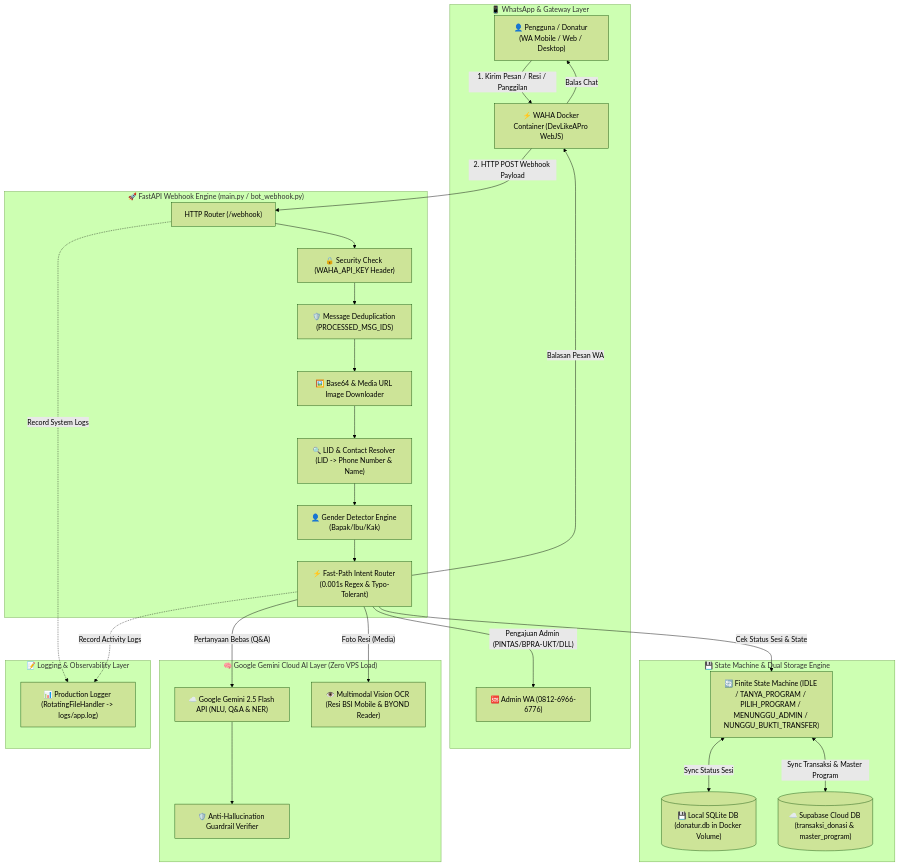
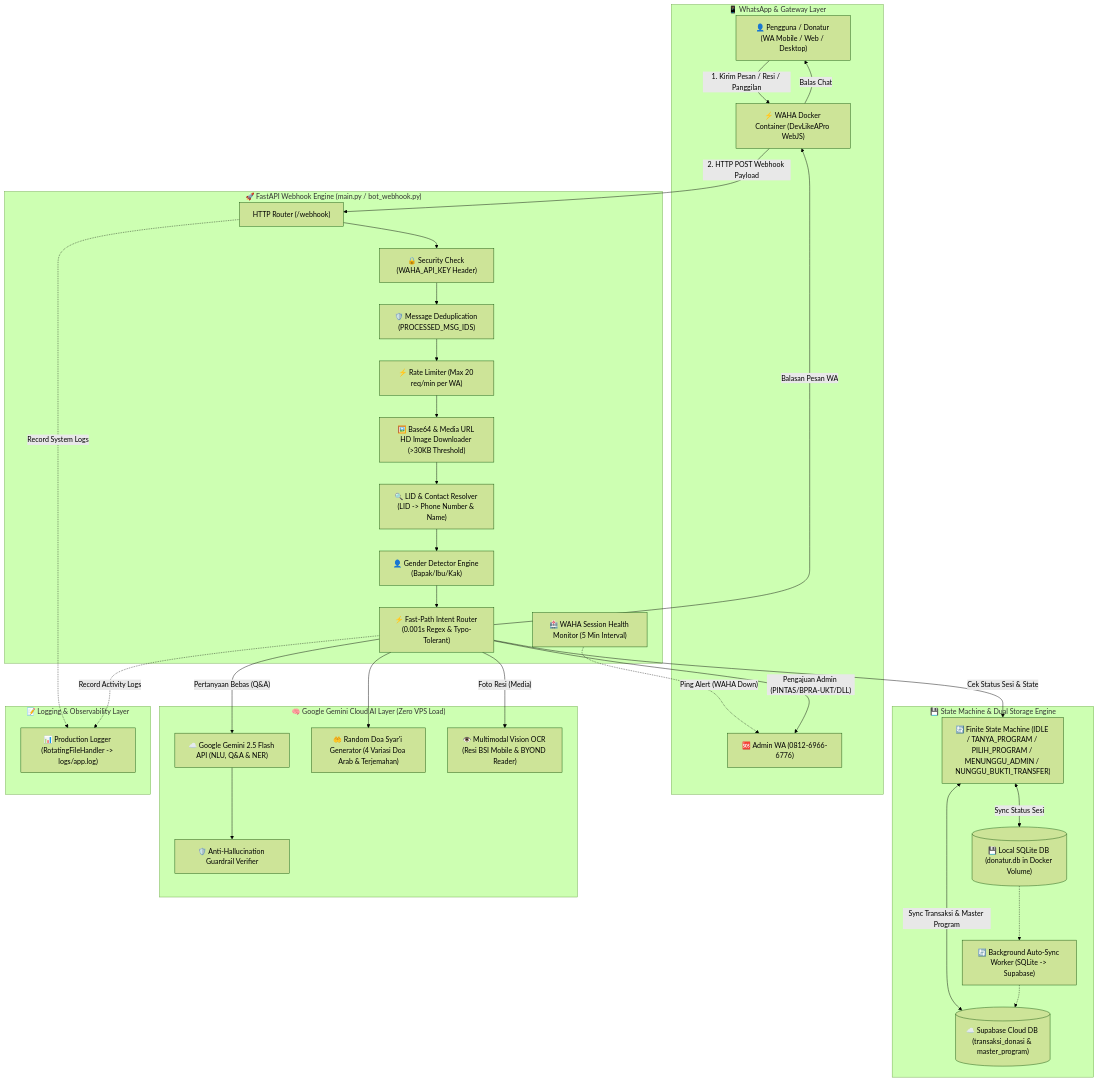
One commit to WafiJackson/Chatbot_Rumah_Amal changed the first of 4 diagrams in README.md. Above: the diagram before and after it, drawn with Mermaid (forest theme). The commit also changed other lines of this file and 3 other files, not shown here.

````diff
--- a/README.md
+++ b/README.md
@@ -11,58 +11,67 @@
 ```mermaid
 flowchart TD
     subgraph WA_Layer ["📱 WhatsApp & Gateway Layer"]
         User["👤 Pengguna / Donatur (WA Mobile / Web / Desktop)"]
         WAHA["⚡ WAHA Docker Container (DevLikeAPro WebJS)"]
         AdminWA["🆘 Admin WA (0812-6966-6776)"]
     end
 
     subgraph App_Layer ["🚀 FastAPI Webhook Engine (main.py / bot_webhook.py)"]
         Router["HTTP Router (/webhook)"]
         AuthCheck["🔒 Security Check (WAHA_API_KEY Header)"]
         Deduplication["🛡️ Message Deduplication (PROCESSED_MSG_IDS)"]
+        RateLimiter["⚡ Rate Limiter (Max 20 req/min per WA)"]
         GenderEngine["👤 Gender Detector Engine (Bapak/Ibu/Kak)"]
-        MediaDecoder["🖼️ Base64 & Media URL Image Downloader"]
+        MediaDecoder["🖼️ Base64 & Media URL HD Image Downloader (>30KB Threshold)"]
         LIDResolver["🔍 LID & Contact Resolver (LID -> Phone Number & Name)"]
         FastPath["⚡ Fast-Path Intent Router (0.001s Regex & Typo-Tolerant)"]
+        HealthCheck["🏥 WAHA Session Health Monitor (5 Min Interval)"]
     end
 
     subgraph State_Layer ["💾 State Machine & Dual Storage Engine"]
         FSM["🔄 Finite State Machine (IDLE / TANYA_PROGRAM / PILIH_PROGRAM / MENUNGGU_ADMIN / NUNGGU_BUKTI_TRANSFER)"]
         SQLiteDB[("💾 Local SQLite DB (donatur.db in Docker Volume)")]
         SupabaseDB[("☁️ Supabase Cloud DB (transaksi_donasi & master_program)")]
+        AutoSync["🔄 Background Auto-Sync Worker (SQLite -> Supabase)"]
     end
 
     subgraph AI_Layer ["🧠 Google Gemini Cloud AI Layer (Zero VPS Load)"]
         GeminiAPI["☁️ Google Gemini 2.5 Flash API (NLU, Q&A & NER)"]
+        DoaGen["🤲 Random Doa Syar'i Generator (4 Variasi Doa Arab & Terjemahan)"]
         Guardrail["🛡️ Anti-Hallucination Guardrail Verifier"]
         VisionOCR["👁️ Multimodal Vision OCR (Resi BSI Mobile & BYOND Reader)"]
     end
 
     subgraph Log_Layer ["📝 Logging & Observability Layer"]
         ProdLogger["📊 Production Logger (RotatingFileHandler -> logs/app.log)"]
     end
 
     User -->|"1. Kirim Pesan / Resi / Panggilan"| WAHA
     WAHA -->|"2. HTTP POST Webhook Payload"| Router
     Router --> AuthCheck
     AuthCheck --> Deduplication
-    Deduplication --> MediaDecoder
+    Deduplication --> RateLimiter
+    RateLimiter --> MediaDecoder
     MediaDecoder --> LIDResolver
     LIDResolver --> GenderEngine
     GenderEngine --> FastPath
 
     FastPath -->|"Cek Status Sesi & State"| FSM
     FSM <-->|"Sync Status Sesi"| SQLiteDB
     FSM <-->|"Sync Transaksi & Master Program"| SupabaseDB
+    SQLiteDB -.-> AutoSync
+    AutoSync -.-> SupabaseDB
 
     FastPath -->|"Foto Resi (Media)"| VisionOCR
     FastPath -->|"Pertanyaan Bebas (Q&A)"| GeminiAPI
     GeminiAPI --> Guardrail
+    FastPath --> DoaGen
 
+    HealthCheck -.->|"Ping Alert (WAHA Down)"| AdminWA
     FastPath -->|"Pengajuan Admin (PINTAS/BPRA-UKT/DLL)"| AdminWA
     FastPath -->|"Balasan Pesan WA"| WAHA
     WAHA -->|"Balas Chat"| User
 
     Router -.->|"Record System Logs"| ProdLogger
     FastPath -.->|"Record Activity Logs"| ProdLogger
 ```
````
